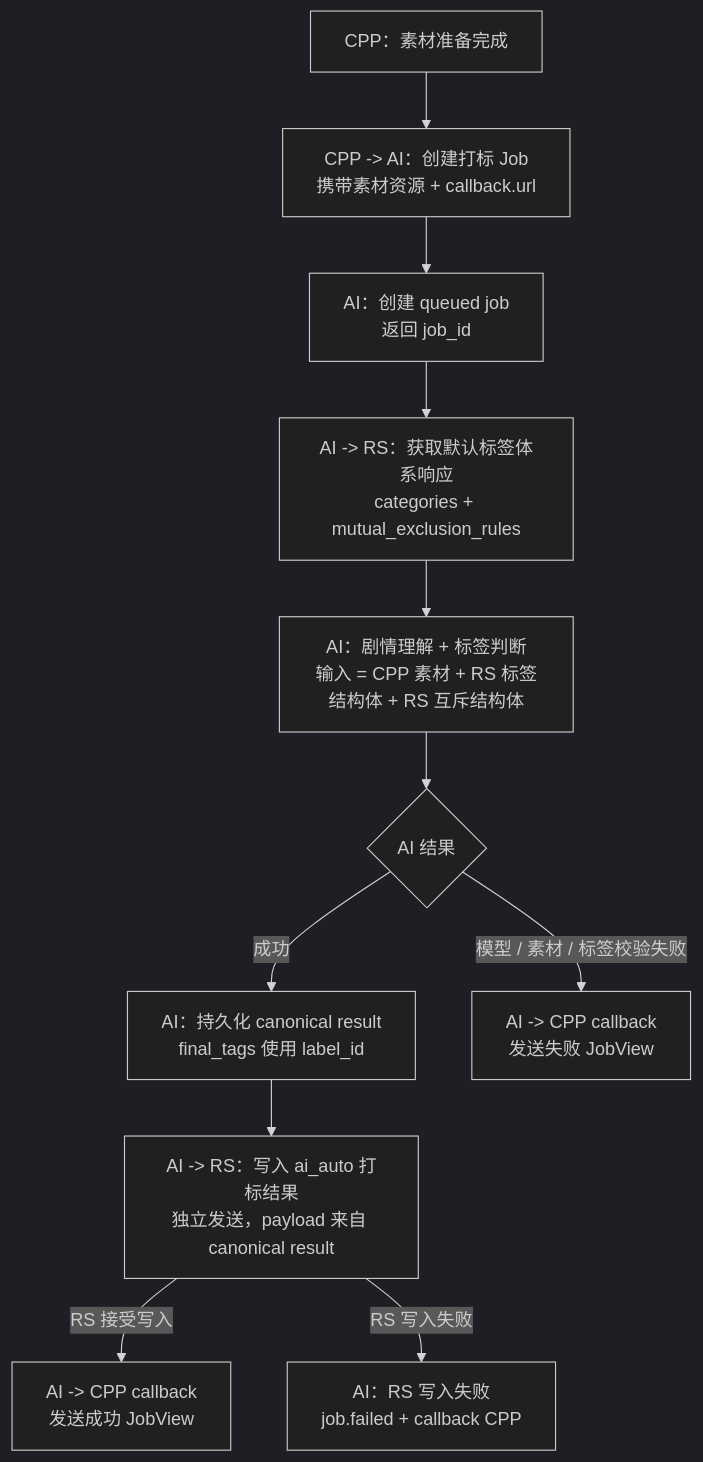
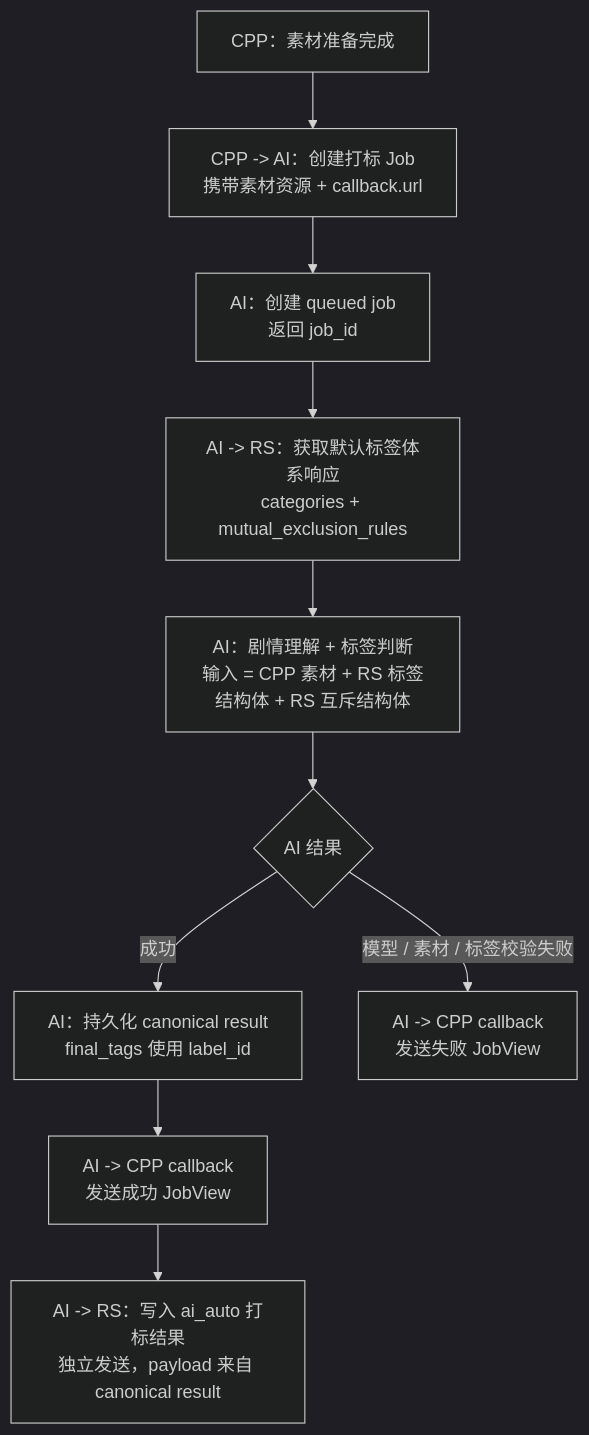
Before and after one commit to amuqiao/embedding-service: the diagram in docs/接口层/AI打标流程图-Mermaid版.md, drawn with Mermaid (dark theme). The commit also changed 29 other files, not shown here.

````diff
--- a/docs/接口层/AI打标流程图-Mermaid版.md
+++ b/docs/接口层/AI打标流程图-Mermaid版.md
@@ -5,24 +5,21 @@
 ```mermaid
 flowchart TD
   CPP_READY["CPP：素材准备完成"]
   CREATE["CPP -> AI：创建打标 Job\n携带素材资源 + callback.url"]
   JOB["AI：创建 queued job\n返回 job_id"]
 
   RS_SCHEMA["AI -> RS：获取默认标签体系响应\ncategories + mutual_exclusion_rules"]
 
   RUN["AI：剧情理解 + 标签判断\n输入 = CPP 素材 + RS 标签结构体 + RS 互斥结构体"]
   RESULT{"AI 结果"}
   PERSIST["AI：持久化 canonical result\nfinal_tags 使用 label_id"]
 
+  CALLBACK_OK["AI -> CPP callback\n发送成功 JobView"]
   WRITE_RS["AI -> RS：写入 ai_auto 打标结果\n独立发送，payload 来自 canonical result"]
-  CALLBACK_OK["AI -> CPP callback\n发送成功 JobView"]
   CALLBACK_FAIL["AI -> CPP callback\n发送失败 JobView"]
-  RS_FAIL["AI：RS 写入失败\njob.failed + callback CPP"]
 
   CPP_READY --> CREATE --> JOB
   JOB --> RS_SCHEMA --> RUN --> RESULT
-  RESULT -->|"成功"| PERSIST --> WRITE_RS
-  WRITE_RS -->|"RS 接受写入"| CALLBACK_OK
-  WRITE_RS -->|"RS 写入失败"| RS_FAIL
+  RESULT -->|"成功"| PERSIST --> CALLBACK_OK --> WRITE_RS
   RESULT -->|"模型 / 素材 / 标签校验失败"| CALLBACK_FAIL
 ```
````
